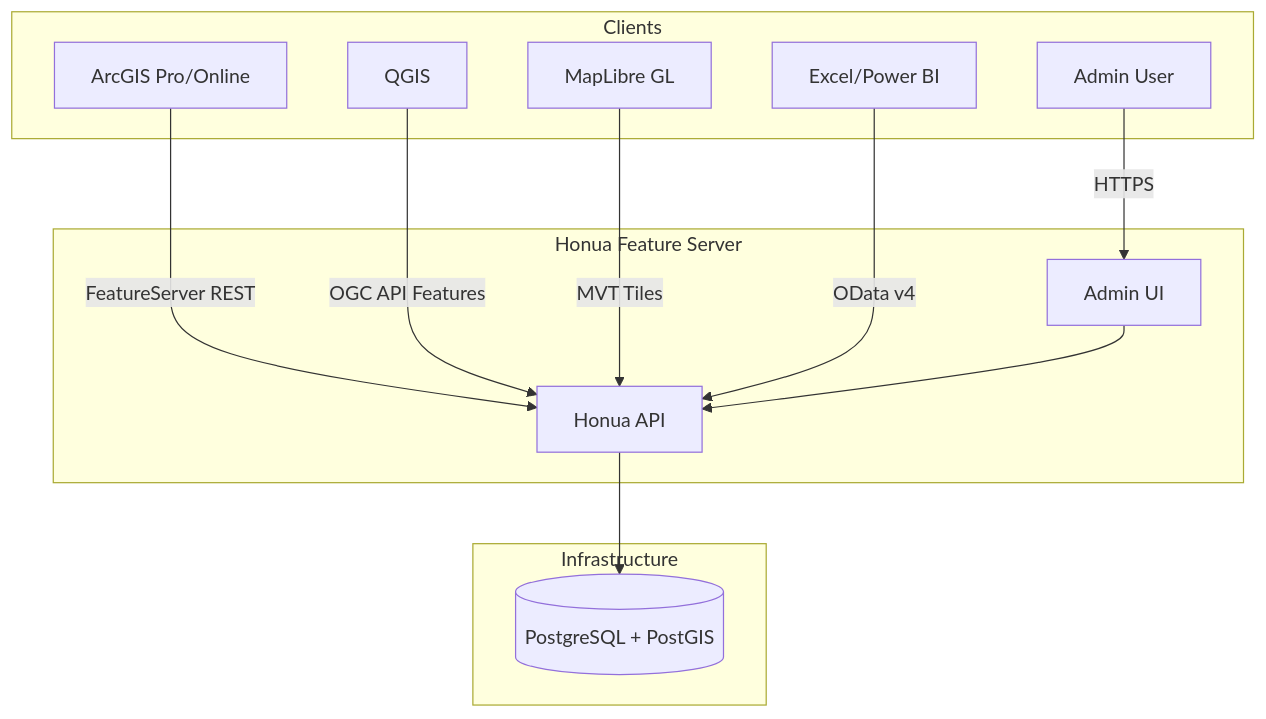
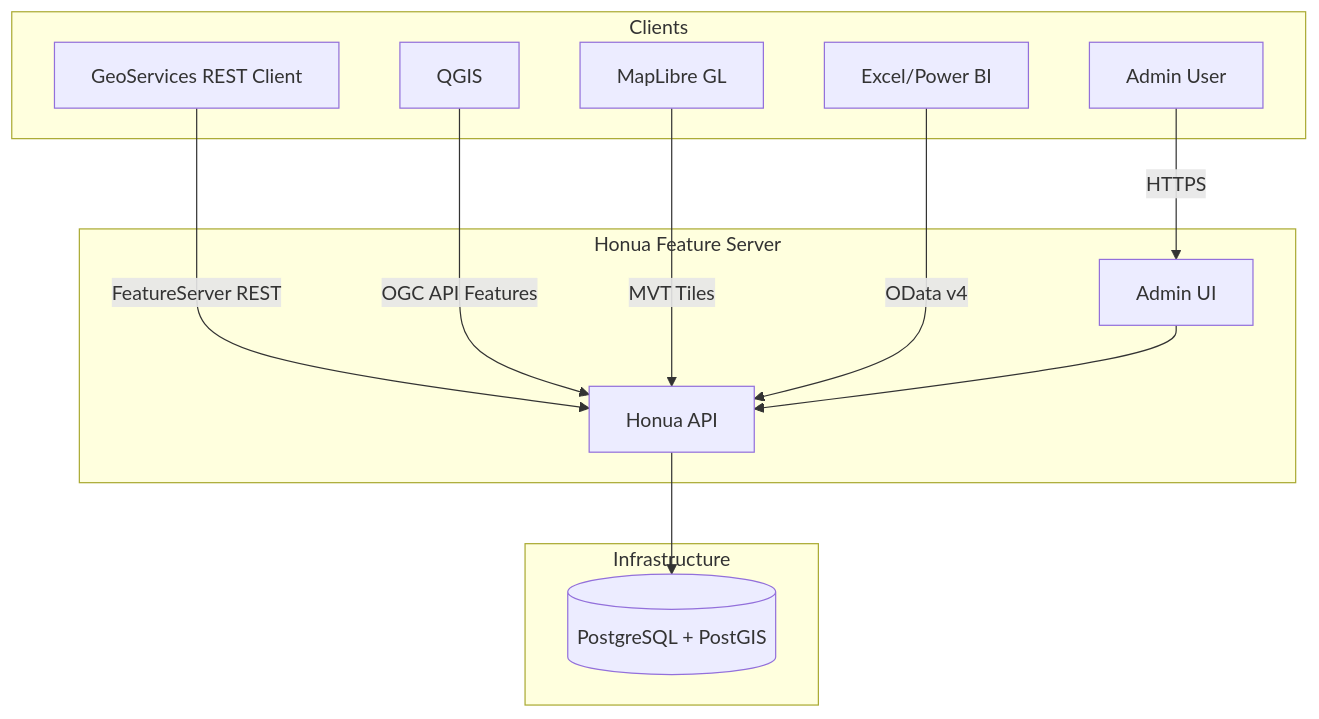
The second of 12 diagrams in docs/ARCHITECTURE_DIAGRAMS.md (honua-io/honua-server), drawn with Mermaid before and after one commit. The commit also changed other lines of this file and 8 other files, not shown here.

````diff
--- a/docs/ARCHITECTURE_DIAGRAMS.md
+++ b/docs/ARCHITECTURE_DIAGRAMS.md
@@ -46,28 +46,28 @@
 ```mermaid
 graph TB
     subgraph Clients
-        ArcGIS[ArcGIS Pro/Online]
+        GeoServicesClient[GeoServices REST Client]
         QGIS[QGIS]
         MapLibre[MapLibre GL]
         Excel[Excel/Power BI]
         Admin[Admin User]
     end
 
     subgraph "Honua Feature Server"
         API[Honua API]
         AdminUI[Admin UI]
     end
 
     subgraph Infrastructure
         PostGIS[(PostgreSQL + PostGIS)]
     end
 
-    ArcGIS -->|FeatureServer REST| API
+    GeoServicesClient -->|FeatureServer REST| API
     QGIS -->|OGC API Features| API
     MapLibre -->|MVT Tiles| API
     Excel -->|OData v4| API
     Admin -->|HTTPS| AdminUI
 
     API --> PostGIS
     AdminUI --> API
 ```
````
